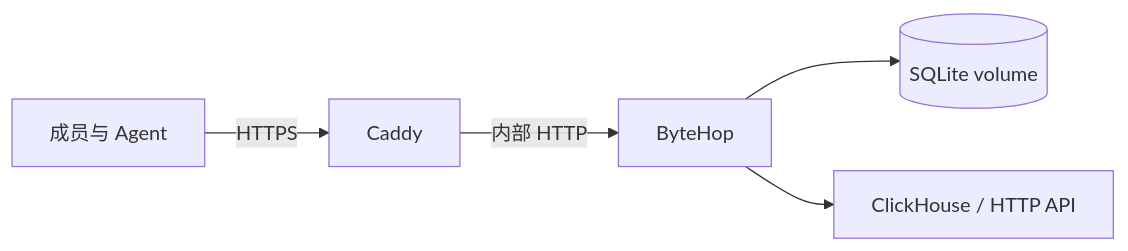
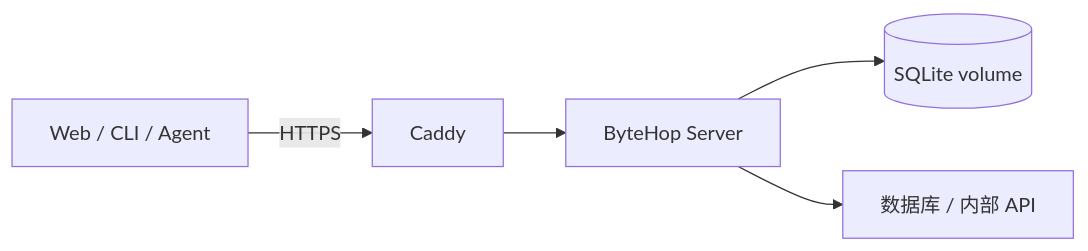
The diagram in content/docs/administration/docker.mdx (rayui-lab/bytehop-docs), drawn with Mermaid before and after one commit. The commit also changed other lines of this file and 50 other files, not shown here.

Commit message:
release: prepare ByteHop v0.1.1

````diff
--- a/content/docs/administration/docker.mdx
+++ b/content/docs/administration/docker.mdx
@@ -8,7 +8,7 @@
 ```mermaid
 flowchart LR
-  Client[成员与 Agent] -->|HTTPS| Caddy[Caddy]
-  Caddy -->|内部 HTTP| ByteHop[ByteHop]
+  Client[Web / CLI / Agent] -->|HTTPS| Caddy
+  Caddy --> ByteHop[ByteHop Server]
   ByteHop --> State[(SQLite volume)]
-  ByteHop --> Upstream[ClickHouse / HTTP API]
+  ByteHop --> Upstream[数据库 / 内部 API]
 ```
````
